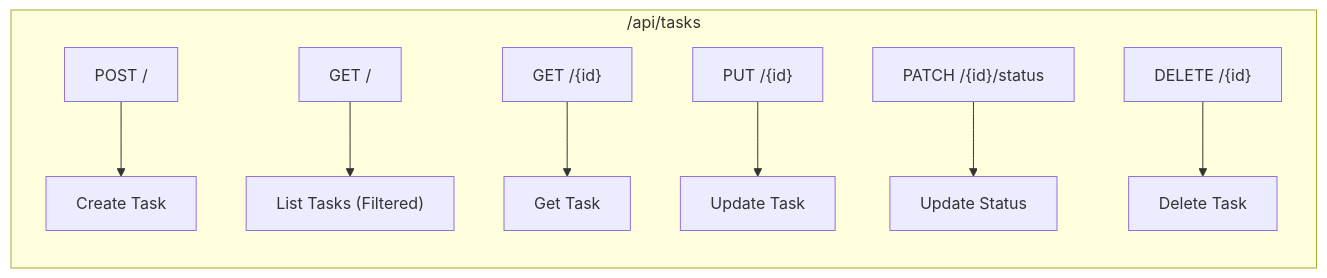
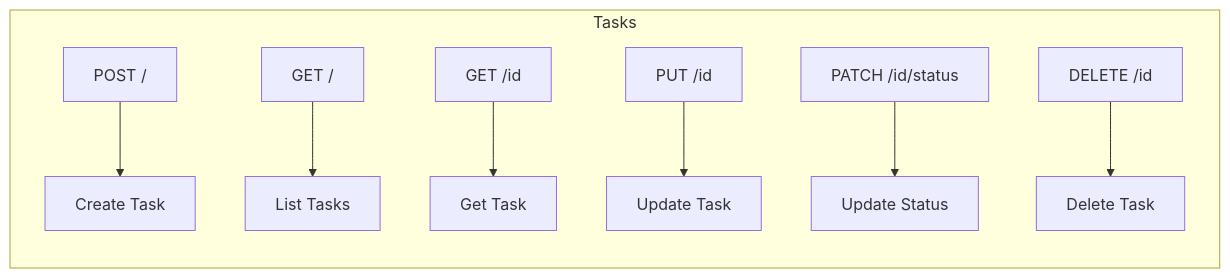
Before and after one commit to berserk3142-max/REST-API-for-a-Task-Management-system: the sixth of 8 diagrams in README.md, drawn with Mermaid. The commit also changed other lines of this file, not shown here.

````diff
--- a/README.md
+++ b/README.md
@@ -266,11 +266,11 @@
 ```mermaid
 flowchart LR
-    subgraph Tasks["/api/tasks"]
-        POST_T["POST /"] --> CreateTask["Create Task"]
-        GET_T["GET /"] --> ListTasks["List Tasks (Filtered)"]
-        GET_TID["GET /{id}"] --> GetTask["Get Task"]
-        PUT_T["PUT /{id}"] --> UpdateTask["Update Task"]
-        PATCH_T["PATCH /{id}/status"] --> UpdateStatus["Update Status"]
-        DELETE_T["DELETE /{id}"] --> DeleteTask["Delete Task"]
+    subgraph Tasks
+        POST_T[POST /] --> CreateTask[Create Task]
+        GET_T[GET /] --> ListTasks[List Tasks]
+        GET_TID[GET /id] --> GetTask[Get Task]
+        PUT_T[PUT /id] --> UpdateTask[Update Task]
+        PATCH_T[PATCH /id/status] --> UpdateStatus[Update Status]
+        DELETE_T[DELETE /id] --> DeleteTask[Delete Task]
     end
 ```
````
